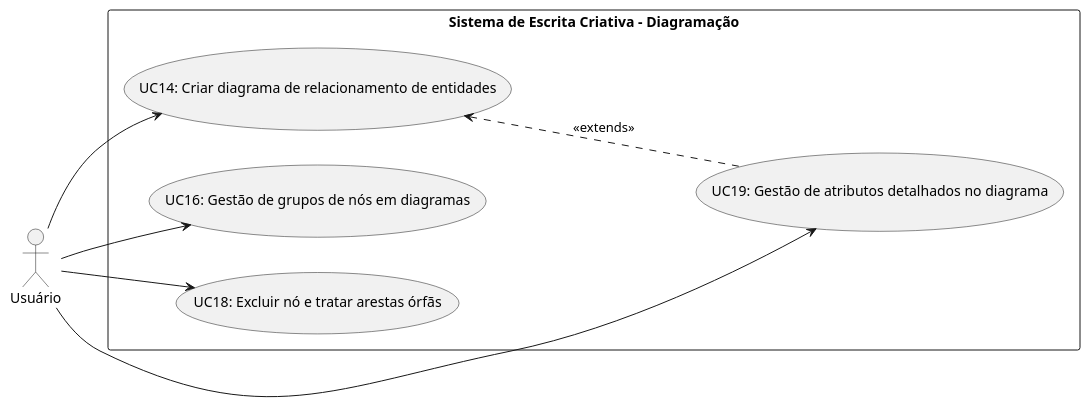
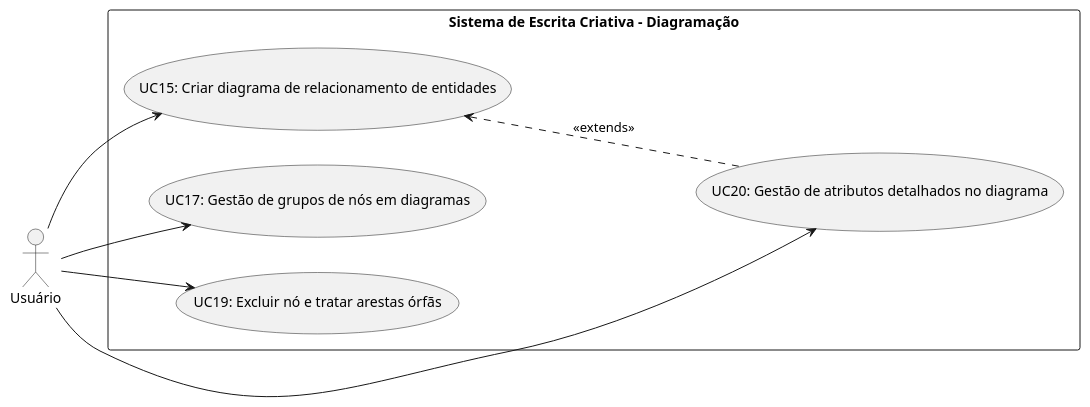
Before and after one commit to aspiringluke/Projeto-Integrado-Mobile: the diagram in docs/casosUso/uml/diagramas_gerais/diagrama04.puml, drawn with PlantUML. The commit also changed 31 other files, not shown here.

```diff
--- a/docs/casosUso/uml/diagramas_gerais/diagrama04.puml
+++ b/docs/casosUso/uml/diagramas_gerais/diagrama04.puml
@@ -1,20 +1,20 @@
 @startuml UC_Diagramacao
 left to right direction
 skinparam PackageStyle rectangle
 
 actor "Usuário" as U
 
 rectangle "Sistema de Escrita Criativa - Diagramação" {
-    usecase "UC14: Criar diagrama de relacionamento de entidades" as UC14
-    usecase "UC16: Gestão de grupos de nós em diagramas" as UC16
-    usecase "UC18: Excluir nó e tratar arestas órfãs" as UC18
-    usecase "UC19: Gestão de atributos detalhados no diagrama" as UC19
+    usecase "UC15: Criar diagrama de relacionamento de entidades" as UC15
+    usecase "UC17: Gestão de grupos de nós em diagramas" as UC17
+    usecase "UC19: Excluir nó e tratar arestas órfãs" as UC19
+    usecase "UC20: Gestão de atributos detalhados no diagrama" as UC20
 }
 
-U --> UC14
-U --> UC16
-U --> UC18
+U --> UC15
+U --> UC17
 U --> UC19
+U --> UC20
 
-UC14 <.-. UC19: <<extends>>
+UC15 <.-. UC20: <<extends>>
 @enduml
```
